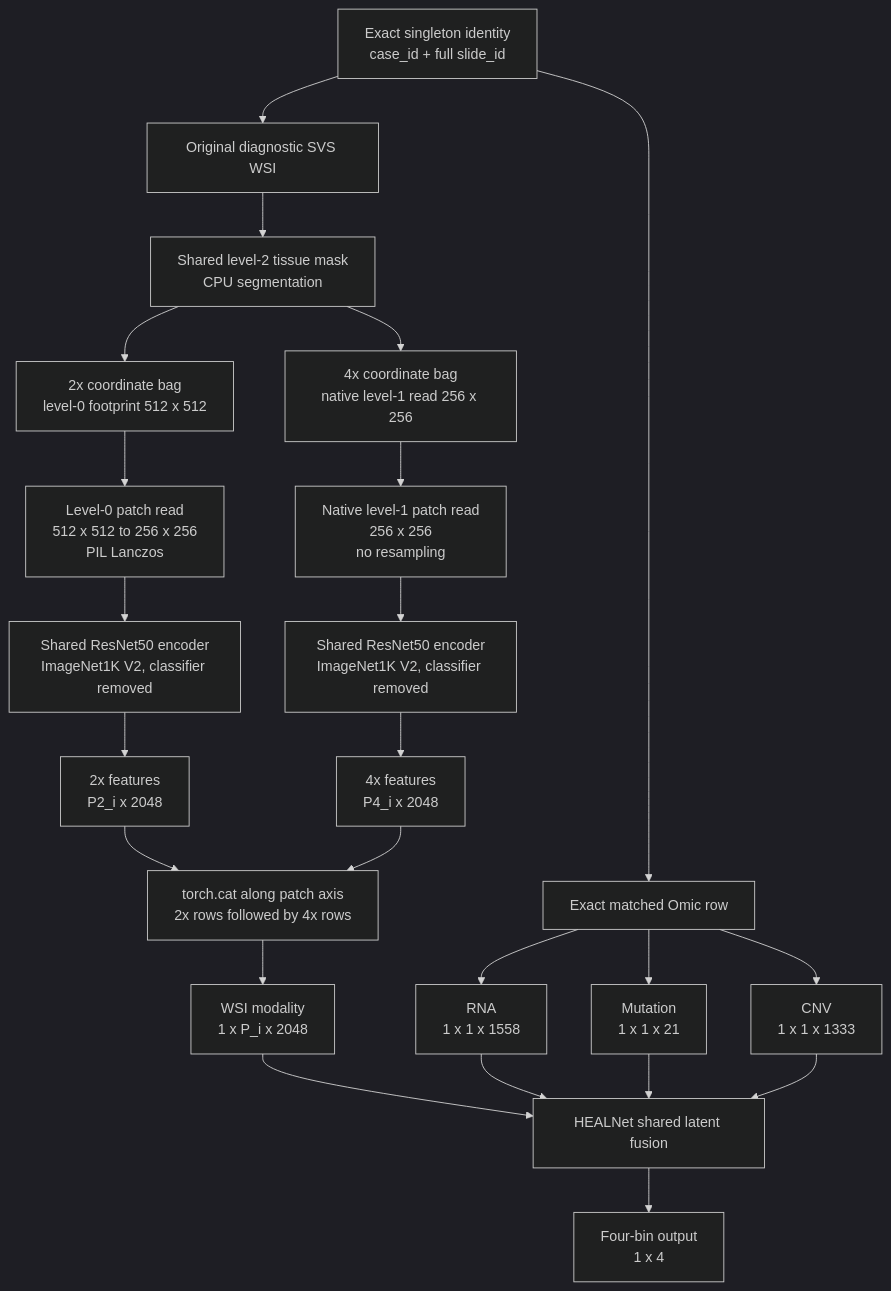
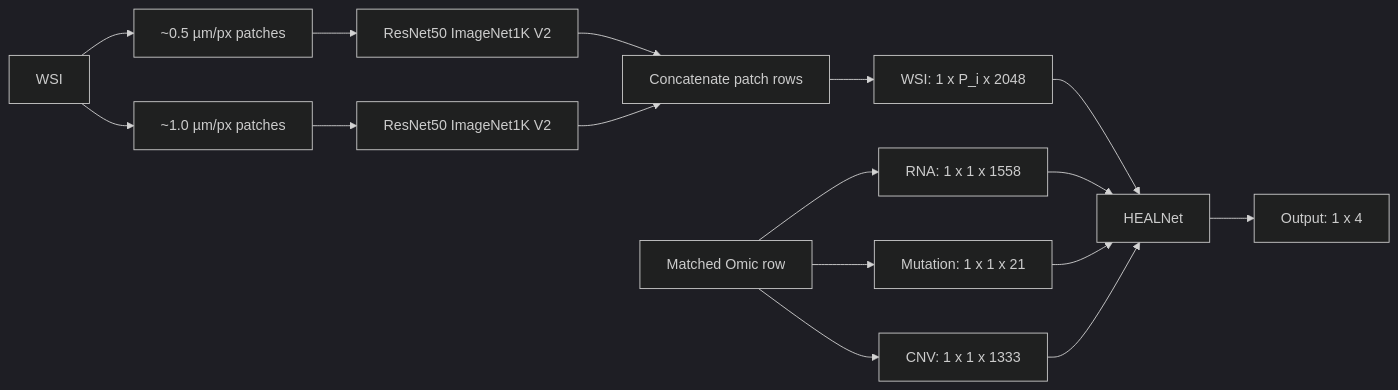
Before and after one commit to Harshtech1/-Hybrid-Early-fusion-Attention-Learning-Network: the diagram in reports/brca_supervisor_progress_report.md, drawn with Mermaid (dark theme). The commit also changed other lines of this file and 1 other file, not shown here.

````diff
--- a/reports/brca_supervisor_progress_report.md
+++ b/reports/brca_supervisor_progress_report.md
@@ -72,32 +41,18 @@
 ```mermaid
-flowchart TB
-    ID[Exact singleton identity<br/>case_id + full slide_id]
-    ID --> WSI[Original diagnostic SVS WSI]
-    ID --> OMIC[Exact matched Omic row]
-
-    WSI --> MASK[Shared level-2 tissue mask<br/>CPU segmentation]
-    MASK --> C2[2x coordinate bag<br/>level-0 footprint 512 x 512]
-    MASK --> C4[4x coordinate bag<br/>native level-1 read 256 x 256]
-
-    C2 --> P2[Level-0 patch read<br/>512 x 512 to 256 x 256<br/>PIL Lanczos]
-    C4 --> P4[Native level-1 patch read<br/>256 x 256<br/>no resampling]
-
-    P2 --> R2[Shared ResNet50 encoder<br/>ImageNet1K V2, classifier removed]
-    P4 --> R4[Shared ResNet50 encoder<br/>ImageNet1K V2, classifier removed]
-
-    R2 --> F2[2x features<br/>P2_i x 2048]
-    R4 --> F4[4x features<br/>P4_i x 2048]
-    F2 --> CAT[torch.cat along patch axis<br/>2x rows followed by 4x rows]
-    F4 --> CAT
-    CAT --> WSIIN[WSI modality<br/>1 x P_i x 2048]
-
-    OMIC --> RNA[RNA<br/>1 x 1 x 1558]
-    OMIC --> MUT[Mutation<br/>1 x 1 x 21]
-    OMIC --> CNV[CNV<br/>1 x 1 x 1333]
-
-    WSIIN --> H[HEALNet shared latent fusion]
+flowchart LR
+    W[WSI] --> S2[~0.5 µm/px patches]
+    W --> S4[~1.0 µm/px patches]
+    S2 --> R2[ResNet50 ImageNet1K V2]
+    S4 --> R4[ResNet50 ImageNet1K V2]
+    R2 --> C[Concatenate patch rows]
+    R4 --> C
+    C --> X[WSI: 1 x P_i x 2048]
+    O[Matched Omic row] --> RNA[RNA: 1 x 1 x 1558]
+    O --> MUT[Mutation: 1 x 1 x 21]
+    O --> CNV[CNV: 1 x 1 x 1333]
+    X --> H[HEALNet]
     RNA --> H
     MUT --> H
     CNV --> H
-    H --> OUT[Four-bin output<br/>1 x 4]
+    H --> Y[Output: 1 x 4]
 ```
````
